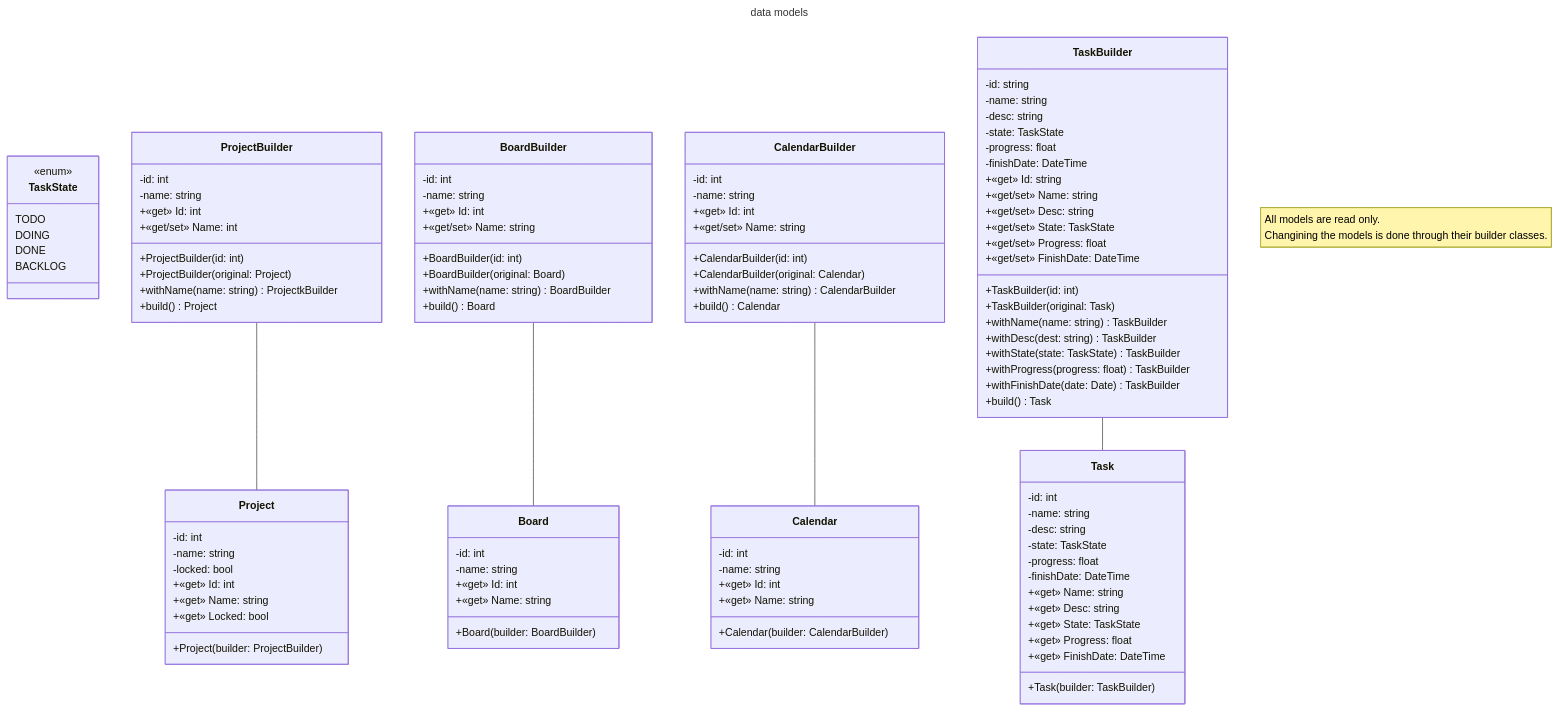
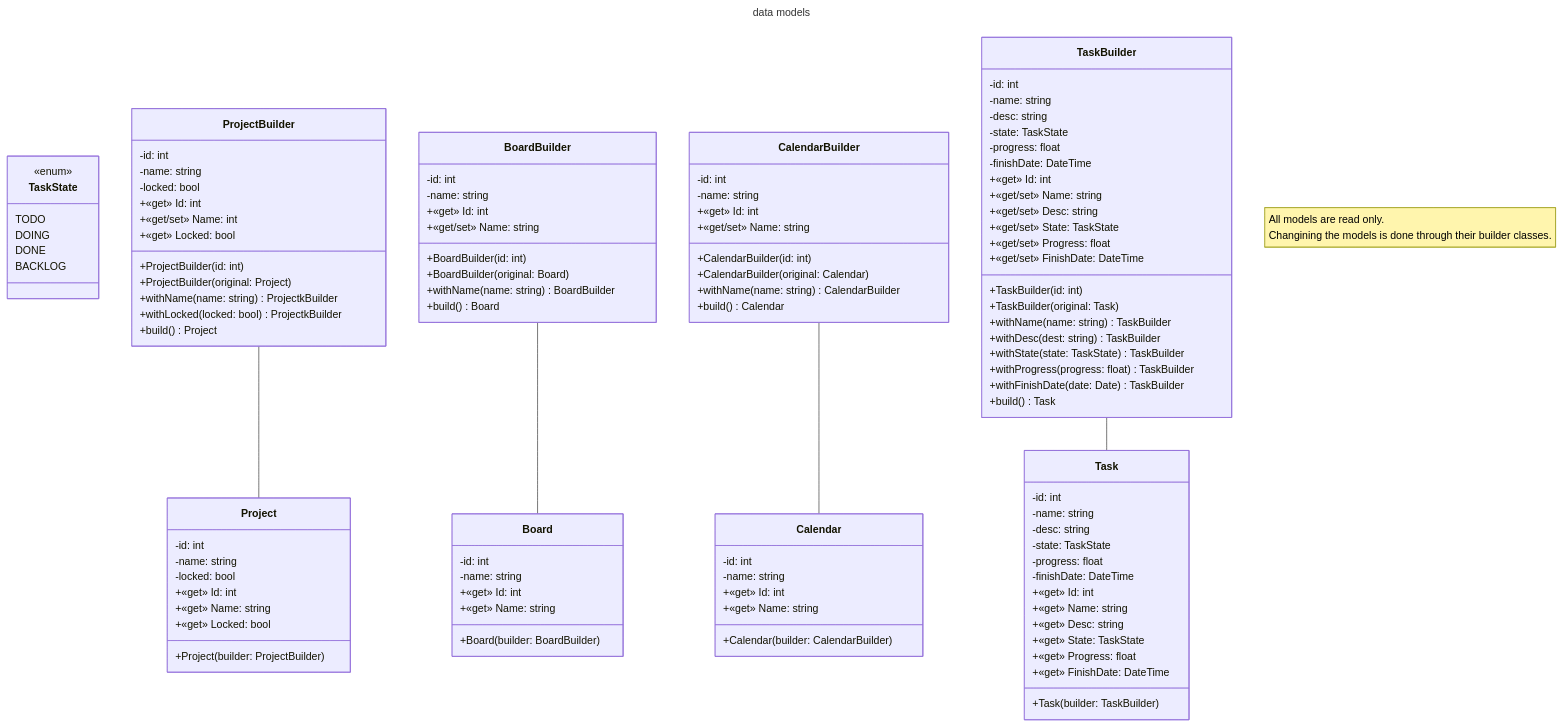
The diagram in docs/uml/domain/model.md (tadeas223/todo_list), drawn with Mermaid before and after one commit.

Commit message:
fix typo in model uml

```diff
--- a/docs/uml/domain/model.md
+++ b/docs/uml/domain/model.md
@@ -72,6 +72,7 @@
         -progress: float
         -finishDate: DateTime
 
+        +«get» Id: int 
         +«get» Name: string
         +«get» Desc: string
         +«get» State: TaskState
@@ -84,13 +85,16 @@
     class ProjectBuilder {
         -id: int
         -name: string
+        -locked: bool
 
         +«get» Id: int
         +«get/set» Name: int
+        +«get» Locked: bool
         
         +ProjectBuilder(id: int)
         +ProjectBuilder(original: Project)
         +withName(name: string) ProjectkBuilder
+        +withLocked(locked: bool) ProjectkBuilder
         +build() Project
     }
 
@@ -121,14 +125,14 @@
     }
 
     class TaskBuilder {
-        -id: string
+        -id: int
         -name: string
         -desc: string
         -state: TaskState
         -progress: float
         -finishDate: DateTime
         
-        +«get» Id: string
+        +«get» Id: int 
         +«get/set» Name: string
         +«get/set» Desc: string
         +«get/set» State: TaskState
```
